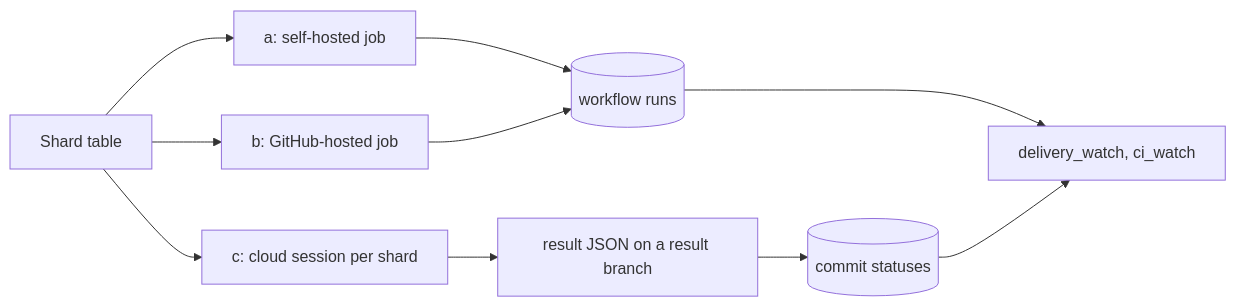
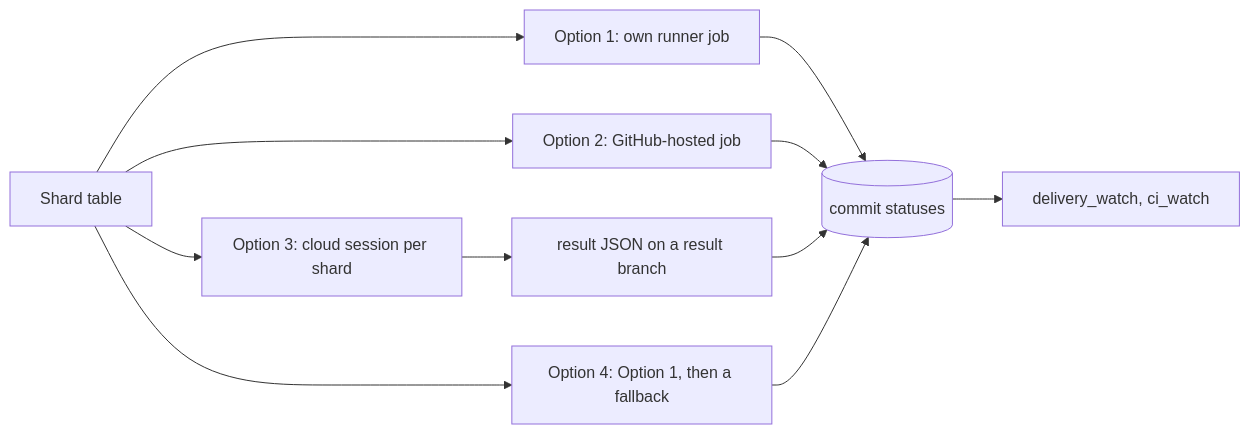
Before and after one commit to luis-mc/dev-standards: the third of 3 diagrams in docs/features/delivery/spec.md, drawn with Mermaid. The commit also changed other lines of this file and 5 other files, not shown here.

````diff
--- a/docs/features/delivery/spec.md
+++ b/docs/features/delivery/spec.md
@@ -201,12 +204,12 @@
 ```mermaid
 flowchart LR
-  table[Shard table] --> a[a: self-hosted job]
-  table --> b[b: GitHub-hosted job]
-  table --> c[c: cloud session per shard]
-  a --> runs[(workflow runs)]
-  b --> runs
-  c --> res[result JSON on a result branch]
-  res --> st[(commit statuses)]
-  runs --> w[delivery_watch, ci_watch]
-  st --> w
+  table[Shard table] --> o1[Option 1: own runner job]
+  table --> o2[Option 2: GitHub-hosted job]
+  table --> o3[Option 3: cloud session per shard]
+  table --> o4[Option 4: Option 1, then a fallback]
+  o1 --> st[(commit statuses)]
+  o2 --> st
+  o3 --> res[result JSON on a result branch] --> st
+  o4 --> st
+  st --> w[delivery_watch, ci_watch]
 ```
````
